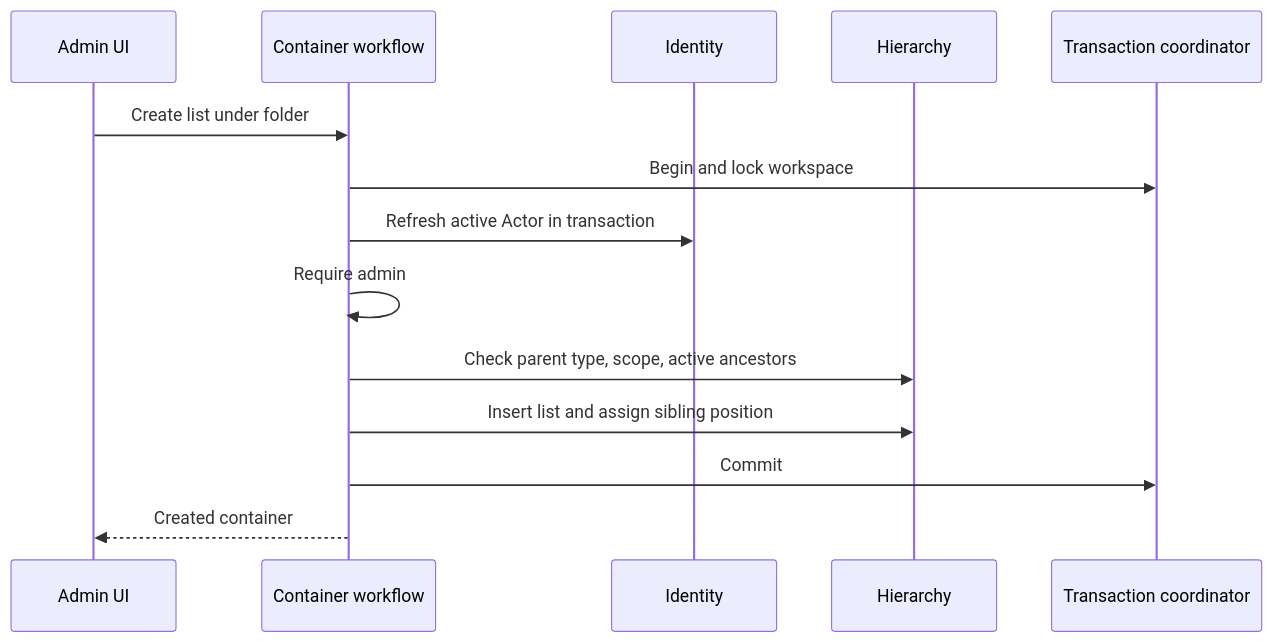
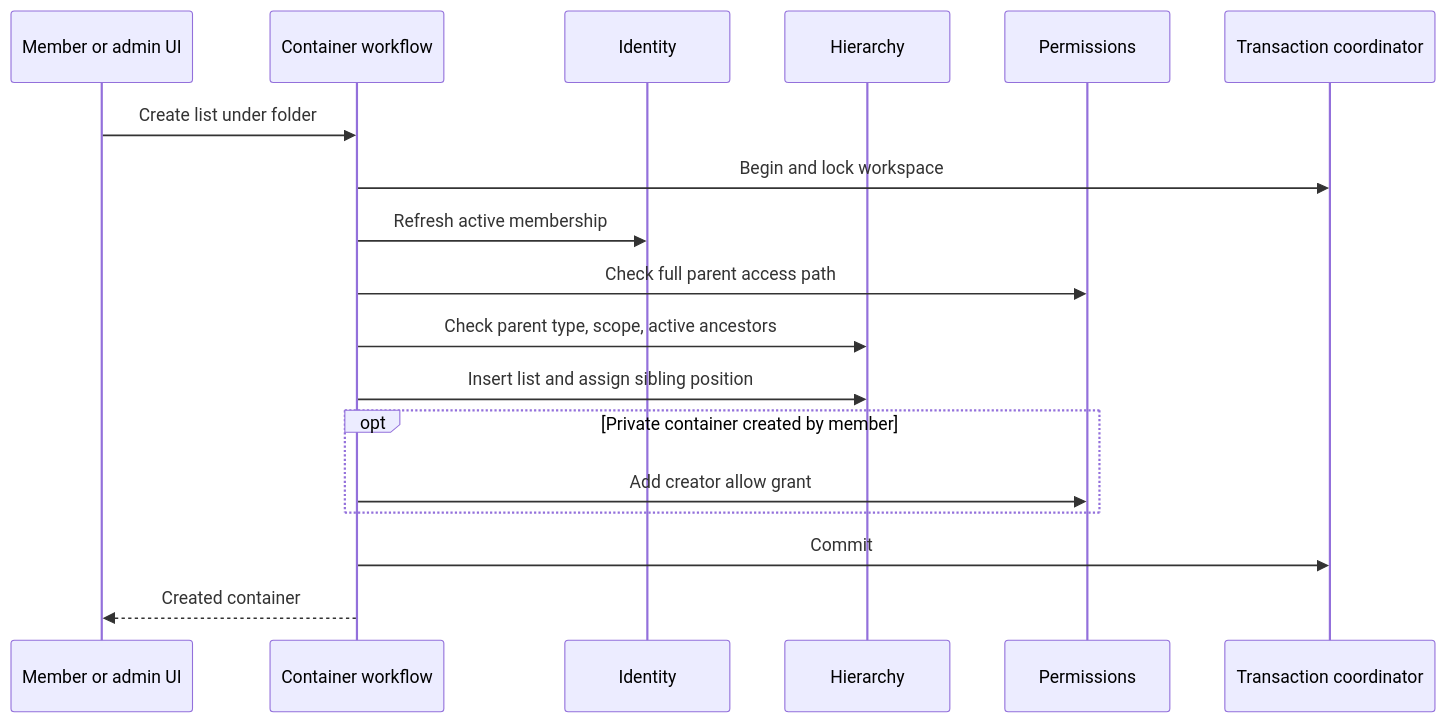
One commit to androizer/flowboard changed the fourth of 5 diagrams in docs/modules/hierarchy.md. Above: the diagram before and after it, drawn with Mermaid. The commit also changed other lines of this file and 17 other files, not shown here.

Commit message:
feat(access): enable creator container sharing

````diff
--- a/docs/modules/hierarchy.md
+++ b/docs/modules/hierarchy.md
@@ -98,16 +105,20 @@
 ```mermaid
 sequenceDiagram
-    participant Web as Admin UI
+    participant Web as Member or admin UI
     participant Flow as Container workflow
     participant ID as Identity
     participant H as Hierarchy
+    participant P as Permissions
     participant DB as Transaction coordinator
     Web->>Flow: Create list under folder
     Flow->>DB: Begin and lock workspace
-    Flow->>ID: Refresh active Actor in transaction
-    Flow->>Flow: Require admin
+    Flow->>ID: Refresh active membership
+    Flow->>P: Check full parent access path
     Flow->>H: Check parent type, scope, active ancestors
     Flow->>H: Insert list and assign sibling position
+    opt Private container created by member
+        Flow->>P: Add creator allow grant
+    end
     Flow->>DB: Commit
     Flow-->>Web: Created container
 ```
````
